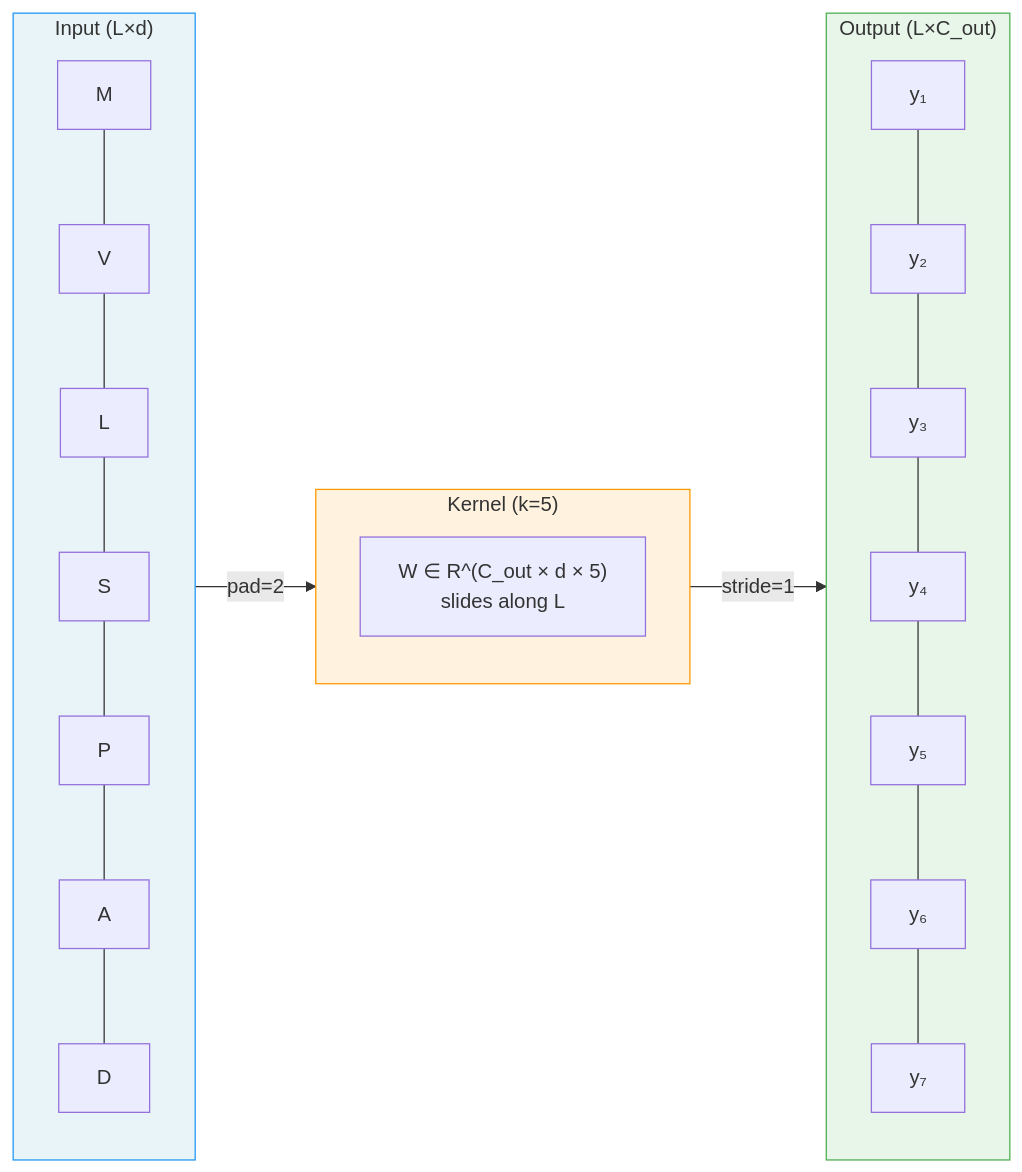
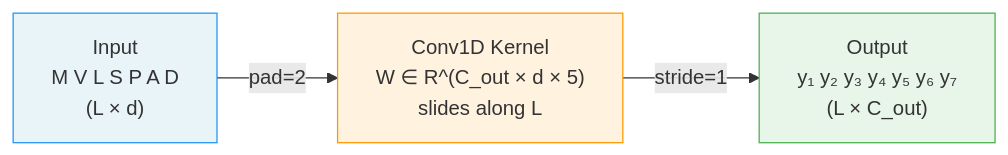
One commit to sungsoo-ahn/sungsoo-ahn.github.io changed the diagram in assets/img/teaching/protein-ai/mermaid/s26-04-conv1d-sliding.mmd. Above: the diagram before and after it, drawn with Mermaid. The commit also changed 25 other files, not shown here.

First line of the commit message:
docs: Refine lecture notes 4–9, update diagrams, and add Key Takeaways

```diff
--- a/assets/img/teaching/protein-ai/mermaid/s26-04-conv1d-sliding.mmd
+++ b/assets/img/teaching/protein-ai/mermaid/s26-04-conv1d-sliding.mmd
@@ -1,22 +1,6 @@
 flowchart LR
-    subgraph Input["Input (L×d)"]
-        direction TB
-        I1["M"] --- I2["V"] --- I3["L"] --- I4["S"] --- I5["P"] --- I6["A"] --- I7["D"]
-    end
+    IN["Input<br/>M V L S P A D<br/>(L × d)"] -->|"pad=2"| K["Conv1D Kernel<br/>W ∈ R^(C_out × d × 5)<br/>slides along L"] -->|"stride=1"| OUT["Output<br/>y₁ y₂ y₃ y₄ y₅ y₆ y₇<br/>(L × C_out)"]
 
-    subgraph Kernel["Kernel (k=5)"]
-        direction TB
-        K["W ∈ R^(C_out × d × 5)<br/>slides along L"]
-    end
-
-    subgraph Output["Output (L×C_out)"]
-        direction TB
-        O1["y₁"] --- O2["y₂"] --- O3["y₃"] --- O4["y₄"] --- O5["y₅"] --- O6["y₆"] --- O7["y₇"]
-    end
-
-    Input -->|"pad=2"| Kernel
-    Kernel -->|"stride=1"| Output
-
-    style Input fill:#e8f4f8,stroke:#2196F3
-    style Kernel fill:#fff3e0,stroke:#FF9800
-    style Output fill:#e8f5e9,stroke:#4CAF50
+    style IN fill:#e8f4f8,stroke:#2196F3
+    style K fill:#fff3e0,stroke:#FF9800
+    style OUT fill:#e8f5e9,stroke:#4CAF50
```
